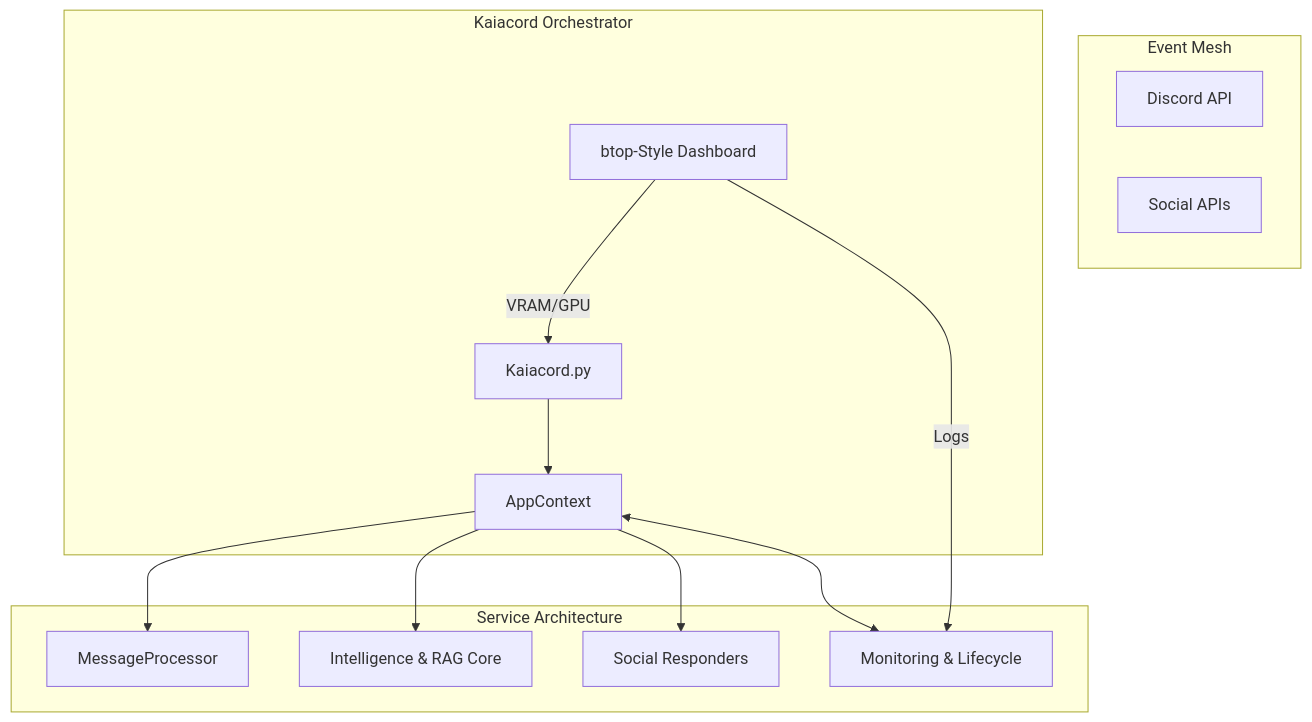
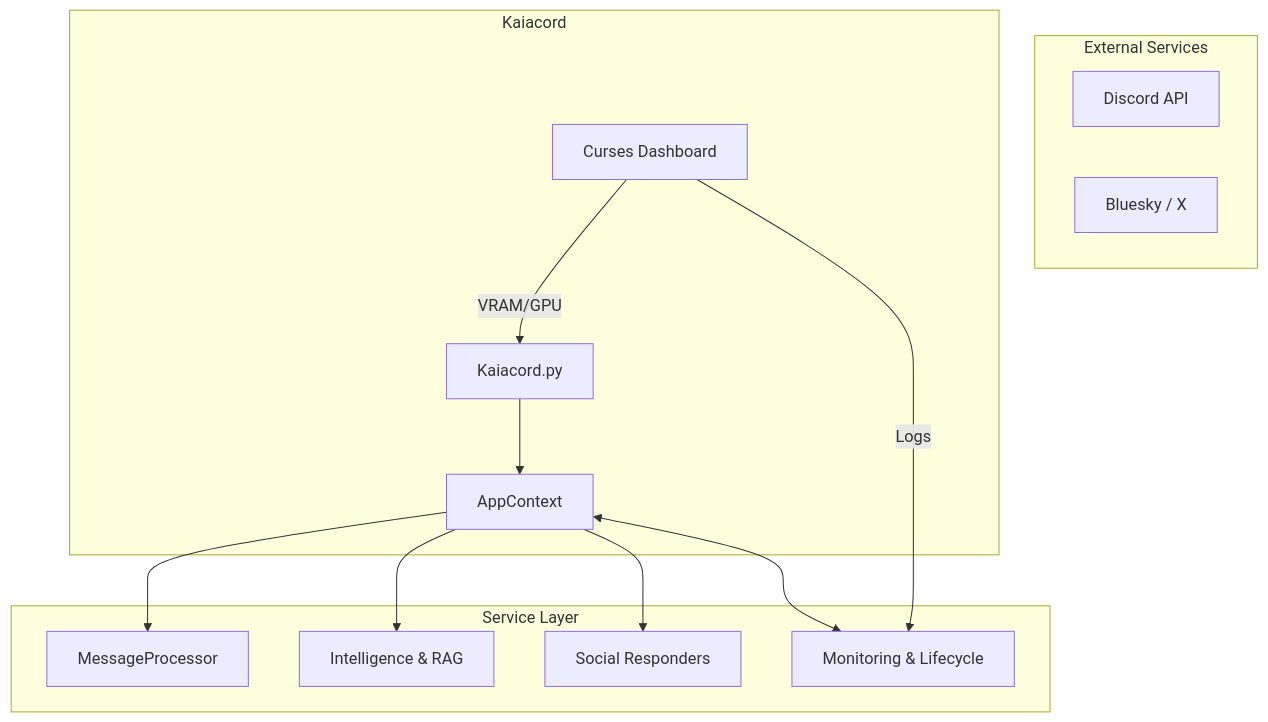
The third of 3 diagrams in README.md (Ekco-S64QTN6/Kaiacord), drawn with Mermaid before and after one commit. The commit also changed other lines of this file and 95 other files, not shown here.

````diff
--- a/README.md
+++ b/README.md
@@ -140,26 +136,24 @@
 ```mermaid
 graph TB
-    subgraph External ["Event Mesh"]
+    subgraph External ["External Services"]
         Discord[Discord API]
-        Social[Social APIs]
+        Social[Bluesky / X]
     end
 
-    subgraph Core ["Kaiacord Orchestrator"]
+    subgraph Core ["Kaiacord"]
         Main[Kaiacord.py]
         Ctx[AppContext]
-        Dashboard[btop-Style Dashboard]
+        Dashboard[Curses Dashboard]
     end
 
-    subgraph Layers ["Service Architecture"]
-    %% AppContext acts as the registry for all services
+    subgraph Layers ["Service Layer"]
         Main --> Ctx
         Ctx --> Proc[MessageProcessor]
-        Ctx --> CoreUtils[Intelligence & RAG Core]
+        Ctx --> CoreUtils[Intelligence & RAG]
         Ctx --> SocialUtils[Social Responders]
         Ctx <--> Infra[Monitoring & Lifecycle]
     end
 
     Dashboard --"VRAM/GPU"--> Main
     Dashboard --"Logs"--> Infra
-    
 ```
````
